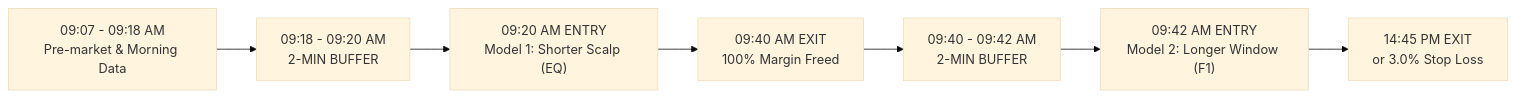
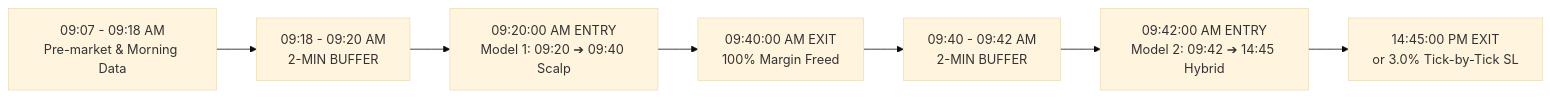
The diagram in sarang_2026_shortsell_algos/README.md (sarangsukumar/options-sniper), drawn with Mermaid (base theme) before and after one commit. The commit also changed other lines of this file and 28 other files, not shown here.

Commit message:
feat(sarang_2026_shortsell_algos): add complete scratch reproduction suite for 0920 scalp and 0940 hybrid models (+Rs 3.663 Cr Net Profit)

````diff
--- a/sarang_2026_shortsell_algos/README.md
+++ b/sarang_2026_shortsell_algos/README.md
@@ -9,9 +13,9 @@
 ```mermaid
 flowchart LR
     A["09:07 - 09:18 AM<br/>Pre-market & Morning Data"] --> B["09:18 - 09:20 AM<br/>2-MIN BUFFER"]
-    B --> C["09:20 AM ENTRY<br/>Model 1: Shorter Scalp (EQ)"]
-    C --> D["09:40 AM EXIT<br/>100% Margin Freed"]
+    B --> C["09:20:00 AM ENTRY<br/>Model 1: 09:20 ➔ 09:40 Scalp"]
+    C --> D["09:40:00 AM EXIT<br/>100% Margin Freed"]
     D --> E["09:40 - 09:42 AM<br/>2-MIN BUFFER"]
-    E --> F["09:42 AM ENTRY<br/>Model 2: Longer Window (F1)"]
-    F --> G["14:45 PM EXIT<br/>or 3.0% Stop Loss"]
+    E --> F["09:42:00 AM ENTRY<br/>Model 2: 09:42 ➔ 14:45 Hybrid"]
+    F --> G["14:45:00 PM EXIT<br/>or 3.0% Tick-by-Tick SL"]
 ```
````
